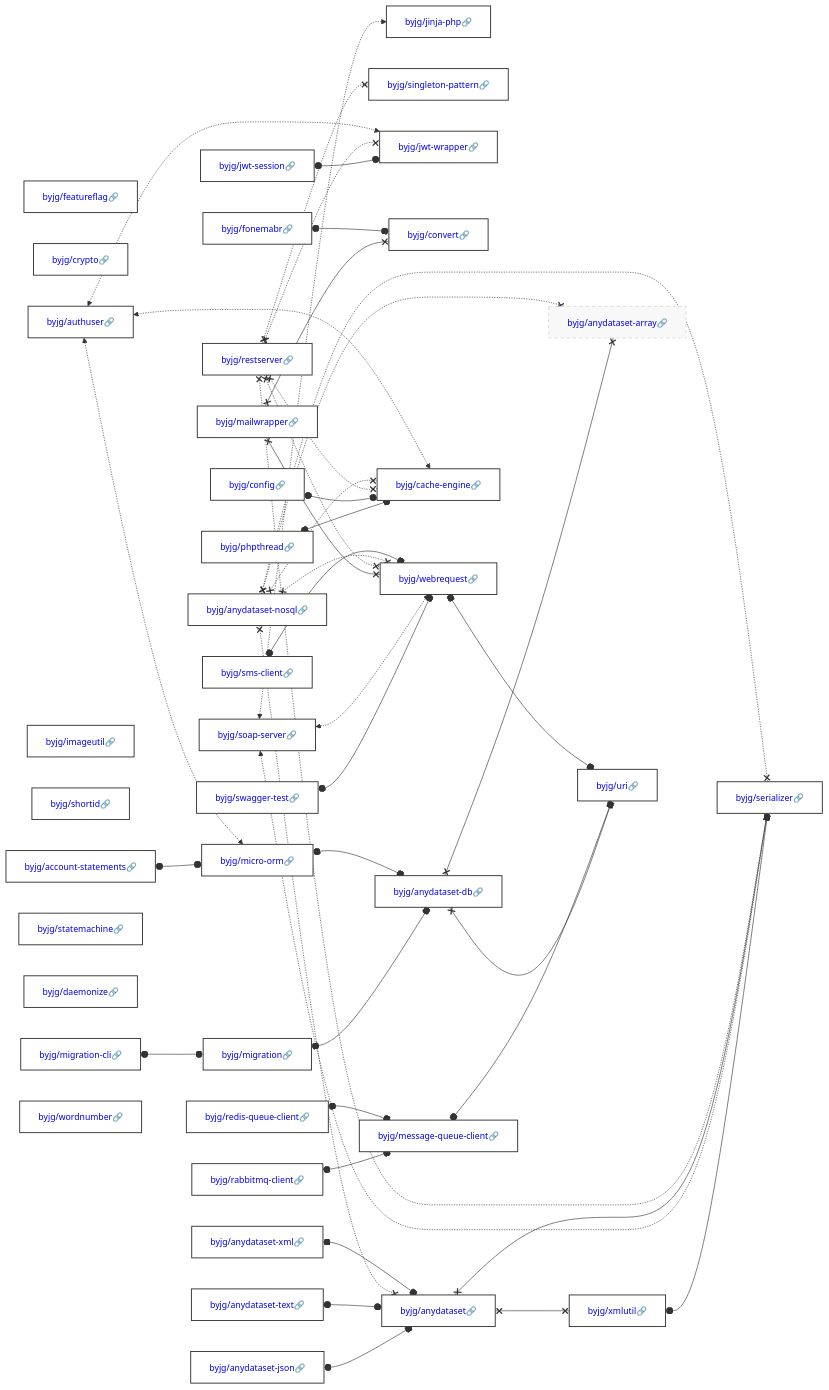
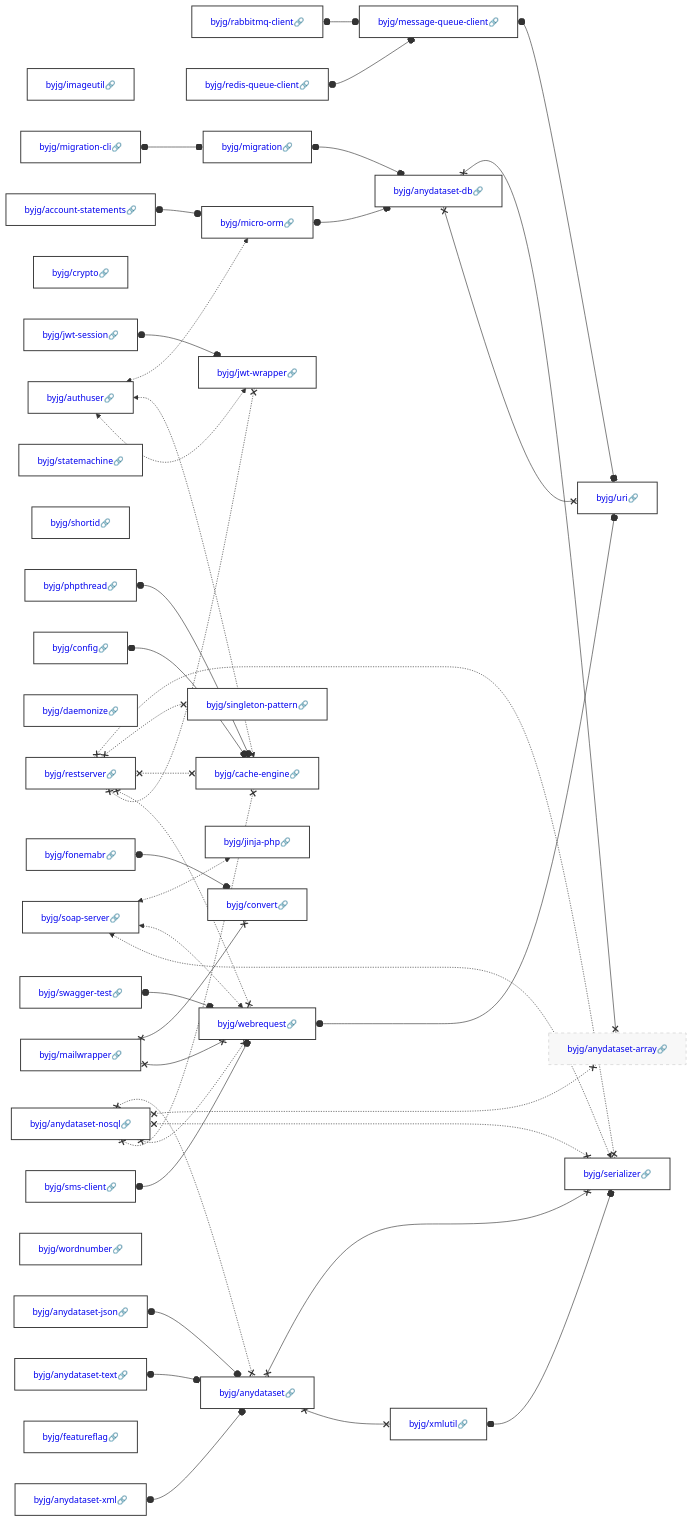
One commit to byjg/byjg.github.io changed the diagram in docs/php/README.md. Above: the diagram before and after it, drawn with Mermaid. The commit also changed other lines of this file and 1 other file, not shown here.

Commit message:
Update documentation 'php' 'php-wordnumber'

````diff
--- a/docs/php/README.md
+++ b/docs/php/README.md
@@ -3,45 +3,45 @@
 ```mermaid
 graph LR;
+  byjg/imageutil[<a href='https://opensource.byjg.com/docs/php/imageutil' style='text-decoration:none'>byjg/imageutil🔗</a>];
+  byjg/migration-cli[<a href='https://opensource.byjg.com/docs/php/migration-cli' style='text-decoration:none'>byjg/migration-cli🔗</a>];
+  byjg/soap-server[<a href='https://opensource.byjg.com/docs/php/soap-server' style='text-decoration:none'>byjg/soap-server🔗</a>];
+  byjg/crypto[<a href='https://opensource.byjg.com/docs/php/crypto' style='text-decoration:none'>byjg/crypto🔗</a>];
+  byjg/jwt-session[<a href='https://opensource.byjg.com/docs/php/jwt-session' style='text-decoration:none'>byjg/jwt-session🔗</a>];
+  byjg/swagger-test[<a href='https://opensource.byjg.com/docs/php/swagger-test' style='text-decoration:none'>byjg/swagger-test🔗</a>];
+  byjg/statemachine[<a href='https://opensource.byjg.com/docs/php/statemachine' style='text-decoration:none'>byjg/statemachine🔗</a>];
+  byjg/shortid[<a href='https://opensource.byjg.com/docs/php/shortid' style='text-decoration:none'>byjg/shortid🔗</a>];
+  byjg/restserver[<a href='https://opensource.byjg.com/docs/php/restserver' style='text-decoration:none'>byjg/restserver🔗</a>];
+  byjg/anydataset-text[<a href='https://opensource.byjg.com/docs/php/anydataset-text' style='text-decoration:none'>byjg/anydataset-text🔗</a>];
+  byjg/daemonize[<a href='https://opensource.byjg.com/docs/php/daemonize' style='text-decoration:none'>byjg/daemonize🔗</a>];
+  byjg/phpthread[<a href='https://opensource.byjg.com/docs/php/phpthread' style='text-decoration:none'>byjg/phpthread🔗</a>];
+  byjg/rabbitmq-client[<a href='https://opensource.byjg.com/docs/php/rabbitmq-client' style='text-decoration:none'>byjg/rabbitmq-client🔗</a>];
+  byjg/sms-client[<a href='https://opensource.byjg.com/docs/php/sms-client' style='text-decoration:none'>byjg/sms-client🔗</a>];
+  byjg/anydataset-nosql[<a href='https://opensource.byjg.com/docs/php/anydataset-nosql' style='text-decoration:none'>byjg/anydataset-nosql🔗</a>];
+  byjg/anydataset-xml[<a href='https://opensource.byjg.com/docs/php/anydataset-xml' style='text-decoration:none'>byjg/anydataset-xml🔗</a>];
+  byjg/redis-queue-client[<a href='https://opensource.byjg.com/docs/php/redis-queue-client' style='text-decoration:none'>byjg/redis-queue-client🔗</a>];
+  byjg/authuser[<a href='https://opensource.byjg.com/docs/php/authuser' style='text-decoration:none'>byjg/authuser🔗</a>];
+  byjg/mailwrapper[<a href='https://opensource.byjg.com/docs/php/mailwrapper' style='text-decoration:none'>byjg/mailwrapper🔗</a>];
+  byjg/config[<a href='https://opensource.byjg.com/docs/php/config' style='text-decoration:none'>byjg/config🔗</a>];
+  byjg/wordnumber[<a href='https://opensource.byjg.com/docs/php/wordnumber' style='text-decoration:none'>byjg/wordnumber🔗</a>];
+  byjg/account-statements[<a href='https://opensource.byjg.com/docs/php/account-statements' style='text-decoration:none'>byjg/account-statements🔗</a>];
+  byjg/fonemabr[<a href='https://opensource.byjg.com/docs/php/fonemabr' style='text-decoration:none'>byjg/fonemabr🔗</a>];
   byjg/featureflag[<a href='https://opensource.byjg.com/docs/php/featureflag' style='text-decoration:none'>byjg/featureflag🔗</a>];
-  byjg/redis-queue-client[<a href='https://opensource.byjg.com/docs/php/redis-queue-client' style='text-decoration:none'>byjg/redis-queue-client🔗</a>];
-  byjg/crypto[<a href='https://opensource.byjg.com/docs/php/crypto' style='text-decoration:none'>byjg/crypto🔗</a>];
-  byjg/swagger-test[<a href='https://opensource.byjg.com/docs/php/swagger-test' style='text-decoration:none'>byjg/swagger-test🔗</a>];
-  byjg/soap-server[<a href='https://opensource.byjg.com/docs/php/soap-server' style='text-decoration:none'>byjg/soap-server🔗</a>];
-  byjg/jwt-session[<a href='https://opensource.byjg.com/docs/php/jwt-session' style='text-decoration:none'>byjg/jwt-session🔗</a>];
-  byjg/mailwrapper[<a href='https://opensource.byjg.com/docs/php/mailwrapper' style='text-decoration:none'>byjg/mailwrapper🔗</a>];
-  byjg/anydataset-text[<a href='https://opensource.byjg.com/docs/php/anydataset-text' style='text-decoration:none'>byjg/anydataset-text🔗</a>];
-  byjg/sms-client[<a href='https://opensource.byjg.com/docs/php/sms-client' style='text-decoration:none'>byjg/sms-client🔗</a>];
-  byjg/migration-cli[<a href='https://opensource.byjg.com/docs/php/migration-cli' style='text-decoration:none'>byjg/migration-cli🔗</a>];
-  byjg/imageutil[<a href='https://opensource.byjg.com/docs/php/imageutil' style='text-decoration:none'>byjg/imageutil🔗</a>];
-  byjg/shortid[<a href='https://opensource.byjg.com/docs/php/shortid' style='text-decoration:none'>byjg/shortid🔗</a>];
-  byjg/authuser[<a href='https://opensource.byjg.com/docs/php/authuser' style='text-decoration:none'>byjg/authuser🔗</a>];
-  byjg/restserver[<a href='https://opensource.byjg.com/docs/php/restserver' style='text-decoration:none'>byjg/restserver🔗</a>];
   byjg/anydataset-json[<a href='https://opensource.byjg.com/docs/php/anydataset-json' style='text-decoration:none'>byjg/anydataset-json🔗</a>];
-  byjg/fonemabr[<a href='https://opensource.byjg.com/docs/php/fonemabr' style='text-decoration:none'>byjg/fonemabr🔗</a>];
-  byjg/anydataset-xml[<a href='https://opensource.byjg.com/docs/php/anydataset-xml' style='text-decoration:none'>byjg/anydataset-xml🔗</a>];
-  byjg/anydataset-nosql[<a href='https://opensource.byjg.com/docs/php/anydataset-nosql' style='text-decoration:none'>byjg/anydataset-nosql🔗</a>];
-  byjg/statemachine[<a href='https://opensource.byjg.com/docs/php/statemachine' style='text-decoration:none'>byjg/statemachine🔗</a>];
-  byjg/daemonize[<a href='https://opensource.byjg.com/docs/php/daemonize' style='text-decoration:none'>byjg/daemonize🔗</a>];
-  byjg/account-statements[<a href='https://opensource.byjg.com/docs/php/account-statements' style='text-decoration:none'>byjg/account-statements🔗</a>];
-  byjg/phpthread[<a href='https://opensource.byjg.com/docs/php/phpthread' style='text-decoration:none'>byjg/phpthread🔗</a>];
-  byjg/config[<a href='https://opensource.byjg.com/docs/php/config' style='text-decoration:none'>byjg/config🔗</a>];
-  byjg/rabbitmq-client[<a href='https://opensource.byjg.com/docs/php/rabbitmq-client' style='text-decoration:none'>byjg/rabbitmq-client🔗</a>];
-  byjg/wordnumber[<a href='https://opensource.byjg.com/docs/php/wordnumber' style='text-decoration:none'>byjg/wordnumber🔗</a>];
+  byjg/migration[<a href='https://opensource.byjg.com/docs/php/migration' style='text-decoration:none'>byjg/migration🔗</a>];
   byjg/jinja-php[<a href='https://opensource.byjg.com/docs/php/jinja-php' style='text-decoration:none'>byjg/jinja-php🔗</a>];
-  byjg/migration[<a href='https://opensource.byjg.com/docs/php/migration' style='text-decoration:none'>byjg/migration🔗</a>];
   byjg/singleton-pattern[<a href='https://opensource.byjg.com/docs/php/singleton-pattern' style='text-decoration:none'>byjg/singleton-pattern🔗</a>];
+  byjg/message-queue-client[<a href='https://opensource.byjg.com/docs/php/message-queue-client' style='text-decoration:none'>byjg/message-queue-client🔗</a>];
   byjg/jwt-wrapper[<a href='https://opensource.byjg.com/docs/php/jwt-wrapper' style='text-decoration:none'>byjg/jwt-wrapper🔗</a>];
+  byjg/webrequest[<a href='https://opensource.byjg.com/docs/php/webrequest' style='text-decoration:none'>byjg/webrequest🔗</a>];
+  byjg/cache-engine[<a href='https://opensource.byjg.com/docs/php/cache-engine' style='text-decoration:none'>byjg/cache-engine🔗</a>];
+  byjg/micro-orm[<a href='https://opensource.byjg.com/docs/php/micro-orm' style='text-decoration:none'>byjg/micro-orm🔗</a>];
   byjg/convert[<a href='https://opensource.byjg.com/docs/php/convert' style='text-decoration:none'>byjg/convert🔗</a>];
   byjg/anydataset[<a href='https://opensource.byjg.com/docs/php/anydataset' style='text-decoration:none'>byjg/anydataset🔗</a>];
-  byjg/webrequest[<a href='https://opensource.byjg.com/docs/php/webrequest' style='text-decoration:none'>byjg/webrequest🔗</a>];
-  byjg/micro-orm[<a href='https://opensource.byjg.com/docs/php/micro-orm' style='text-decoration:none'>byjg/micro-orm🔗</a>];
-  byjg/cache-engine[<a href='https://opensource.byjg.com/docs/php/cache-engine' style='text-decoration:none'>byjg/cache-engine🔗</a>];
-  byjg/message-queue-client[<a href='https://opensource.byjg.com/docs/php/message-queue-client' style='text-decoration:none'>byjg/message-queue-client🔗</a>];
+  byjg/anydataset-db[<a href='https://opensource.byjg.com/docs/php/anydataset-db' style='text-decoration:none'>byjg/anydataset-db🔗</a>];
   byjg/xmlutil[<a href='https://opensource.byjg.com/docs/php/xmlutil' style='text-decoration:none'>byjg/xmlutil🔗</a>];
-  byjg/anydataset-db[<a href='https://opensource.byjg.com/docs/php/anydataset-db' style='text-decoration:none'>byjg/anydataset-db🔗</a>];
-  byjg/serializer[<a href='https://opensource.byjg.com/docs/php/serializer' style='text-decoration:none'>byjg/serializer🔗</a>];
   byjg/anydataset-array[<a href='https://opensource.byjg.com/docs/php/anydataset-array' style='text-decoration:none'>byjg/anydataset-array🔗</a>];
   byjg/uri[<a href='https://opensource.byjg.com/docs/php/uri' style='text-decoration:none'>byjg/uri🔗</a>];
+  byjg/serializer[<a href='https://opensource.byjg.com/docs/php/serializer' style='text-decoration:none'>byjg/serializer🔗</a>];
   byjg/xmlutil o--o byjg/serializer;
   byjg/rabbitmq-client o--o byjg/message-queue-client;
   byjg/migration o--o byjg/anydataset-db;
````
